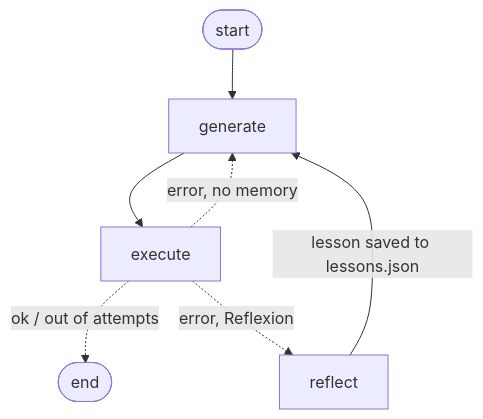
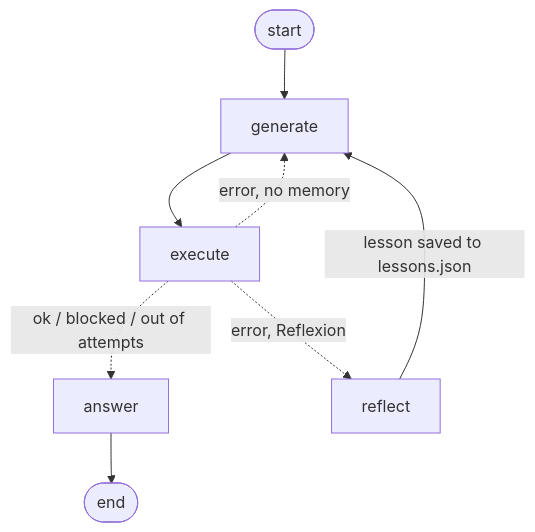
Before and after one commit to moehersi/riyadh-sql-agent: the diagram in README.md, drawn with Mermaid. The commit also changed other lines of this file and 2 other files, not shown here.

Commit message:
Add an answer node: word the result, or refuse, in the question's language
The graph ended at `execute`, so a run produced rows and nothing a reader (or
an LLM judge) could grade. One new terminal node fixes that:

- answer(): 1-2 sentences in the question's language, built only from the
  result rows. With no rows it returns a fixed refusal string and makes no LLM
  call at all, so it cannot invent a number out of an empty result.
- execute() now flags `blocked` when the read-only guard refuses the SQL, and
  route() sends a blocked run straight to answer - retrying a write request
  cannot help, so it no longer burns three attempts.
- generate/execute/reflect logic and the read-only guard are unchanged.

Two tests cover the decline path and need no API key.

````diff
--- a/README.md
+++ b/README.md
@@ -7,9 +7,10 @@
 ```mermaid
 graph TD;
 	__start__([start]) --> generate;
 	generate --> execute;
-	execute -.ok / out of attempts.-> __end__([end]);
+	execute -.ok / blocked / out of attempts.-> answer;
 	execute -.error, no memory.-> generate;
 	execute -.error, Reflexion.-> reflect;
 	reflect -->|lesson saved to lessons.json| generate;
+	answer --> __end__([end]);
 ```
````
